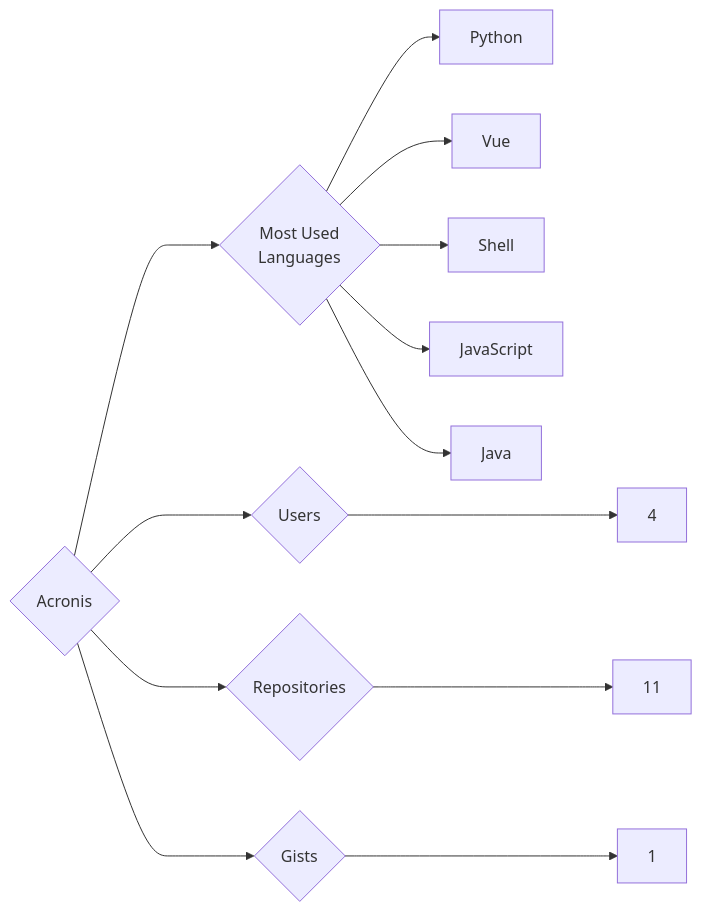
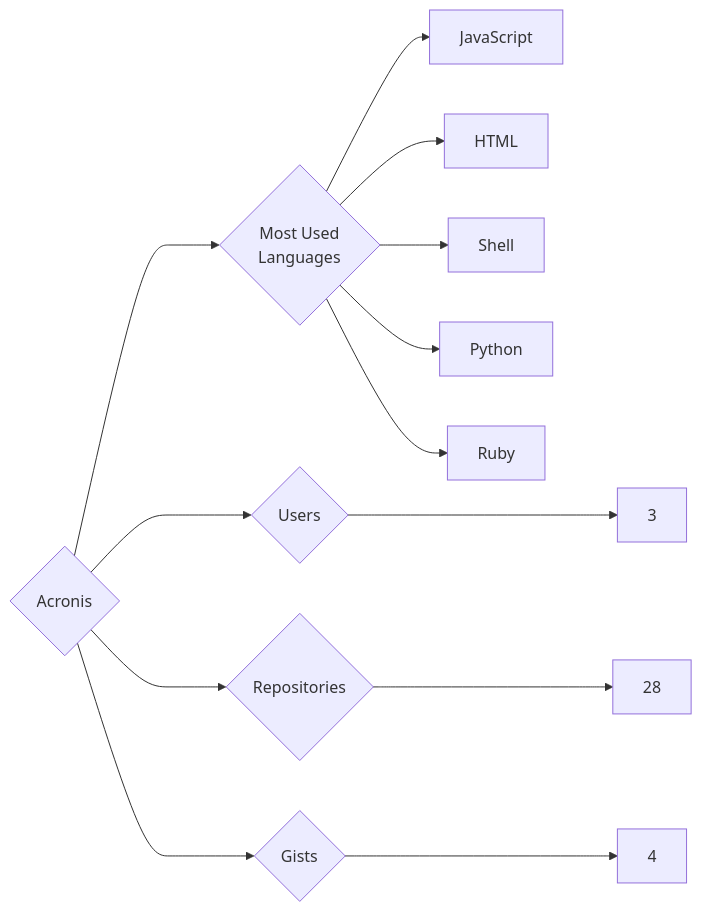
The diagram in targets/Acronis/README.md (trickest/insiders), drawn with Mermaid before and after one commit. The commit also changed 1089 other files, not shown here.

````diff
--- a/targets/Acronis/README.md
+++ b/targets/Acronis/README.md
@@ -3,13 +3,13 @@
 ```mermaid
 graph LR
 COMPANY_NAME{Acronis}
-COMPANY_NAME ---> U{Users} ---> UN[4]
-COMPANY_NAME ---> R{Repositories} ---> RN[11]
-COMPANY_NAME ---> G{Gists} ---> GN[1]
+COMPANY_NAME ---> U{Users} ---> UN[3]
+COMPANY_NAME ---> R{Repositories} ---> RN[28]
+COMPANY_NAME ---> G{Gists} ---> GN[4]
 COMPANY_NAME ---> ML{Most Used<br>Languages}
+ML --> JavaScript[JavaScript]
+ML --> HTML[HTML]
+ML --> Shell[Shell]
 ML --> Python[Python]
-ML --> Vue[Vue]
-ML --> Shell[Shell]
-ML --> JavaScript[JavaScript]
-ML --> Java[Java]
+ML --> Ruby[Ruby]
 ```
````
